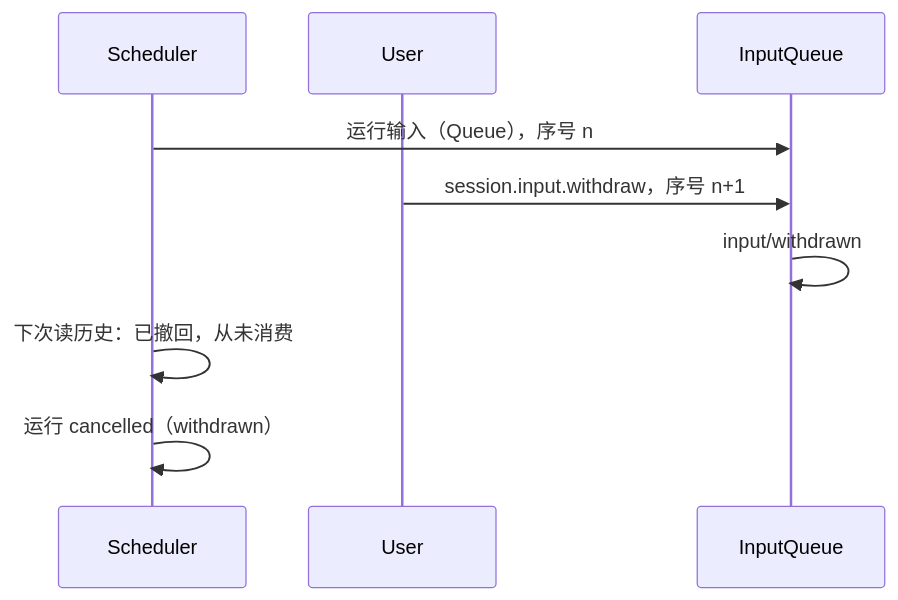
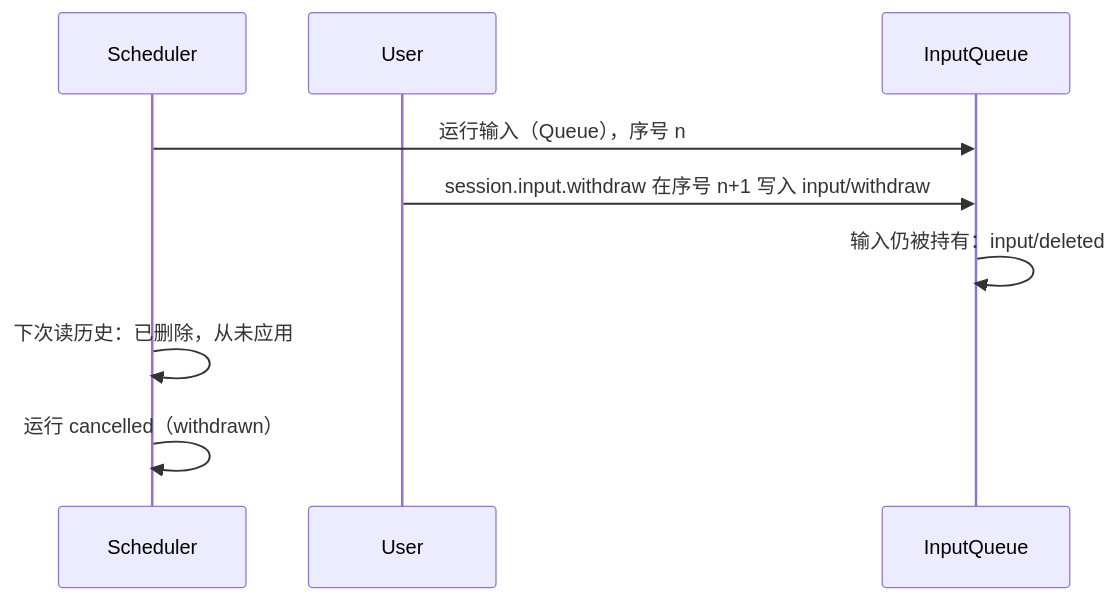
The sixth of 6 diagrams in docs/zh/design/plugins/Scheduler.md (CoutinhoTTS/dim-agent), drawn with Mermaid before and after one commit. The commit also changed other lines of this file and 18 other files, not shown here.

````diff
--- a/docs/zh/design/plugins/Scheduler.md
+++ b/docs/zh/design/plugins/Scheduler.md
@@ -147,11 +147,11 @@
 ```mermaid
 sequenceDiagram
   participant S as Scheduler
   participant U as User
   participant IQ as InputQueue
   S->>IQ: 运行输入（Queue），序号 n
-  U->>IQ: session.input.withdraw，序号 n+1
-  IQ->>IQ: input/withdrawn
-  S->>S: 下次读历史：已撤回，从未消费
+  U->>IQ: session.input.withdraw 在序号 n+1 写入 input/withdraw
+  IQ->>IQ: 输入仍被持有：input/deleted
+  S->>S: 下次读历史：已删除，从未应用
   S->>S: 运行 cancelled（withdrawn）
 ```
````
